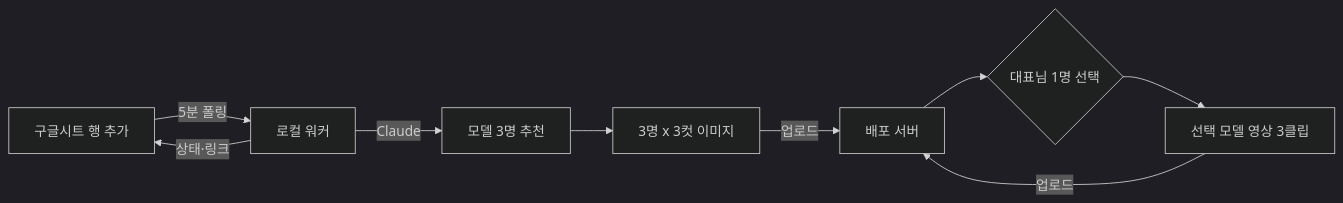
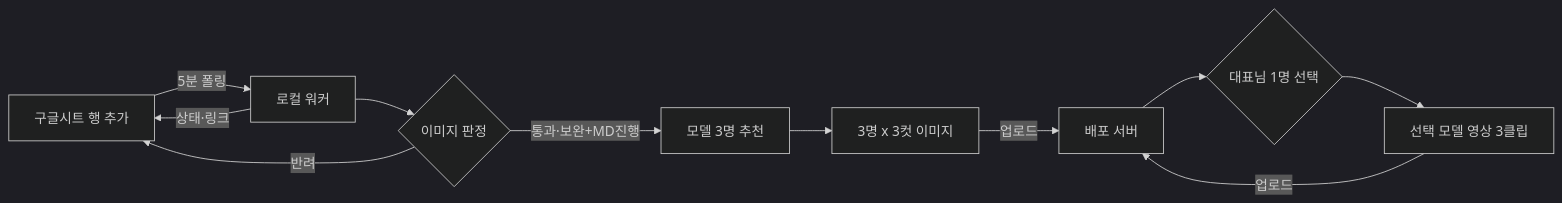
One commit to myaji35/24_musinsa_clone changed the diagram in docs/plan/sheet-to-content-pipeline.md. Above: the diagram before and after it, drawn with Mermaid (dark theme). The commit also changed other lines of this file, not shown here.

Commit message:
docs(ISS-082): 시트 입수 이미지 품질 판정 기준과 판정 컬럼 운영 규칙

````diff
--- a/docs/plan/sheet-to-content-pipeline.md
+++ b/docs/plan/sheet-to-content-pipeline.md
@@ -15,11 +15,13 @@
 ```mermaid
 flowchart LR
   S[구글시트 행 추가] -->|5분 폴링| W[로컬 워커]
-  W -->|Claude| R[모델 3명 추천]
+  W --> Q{이미지 판정}
+  Q -->|반려| S
+  Q -->|통과·보완+MD진행| R[모델 3명 추천]
   R --> C[3명 x 3컷 이미지]
   C -->|업로드| SV[배포 서버]
   SV --> P{대표님 1명 선택}
   P --> V[선택 모델 영상 3클립]
   V -->|업로드| SV
   W -->|상태·링크| S
 ```
````
